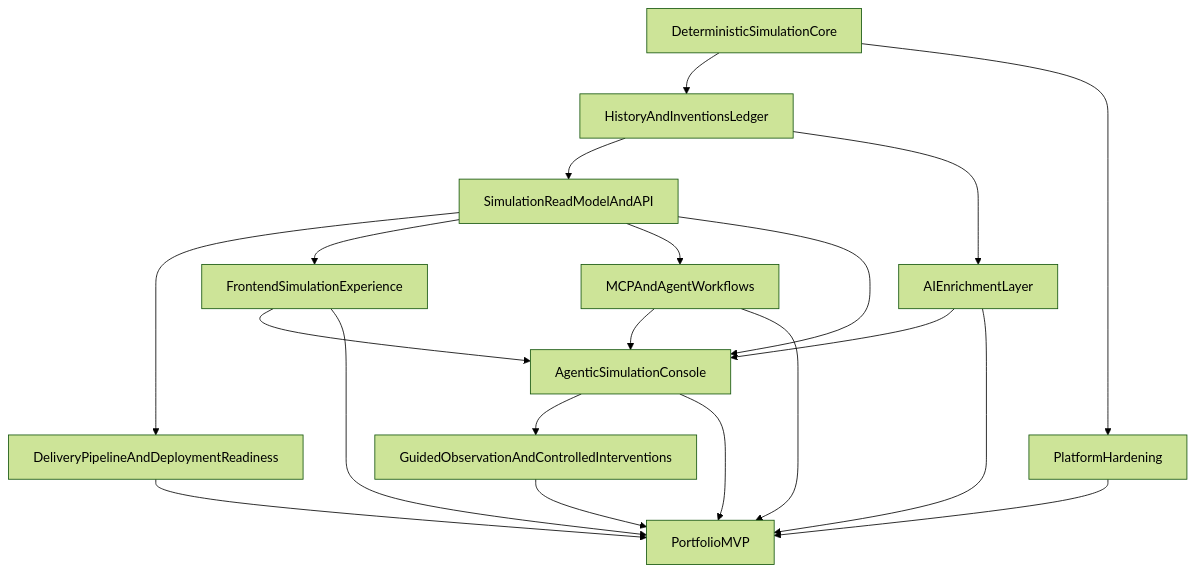
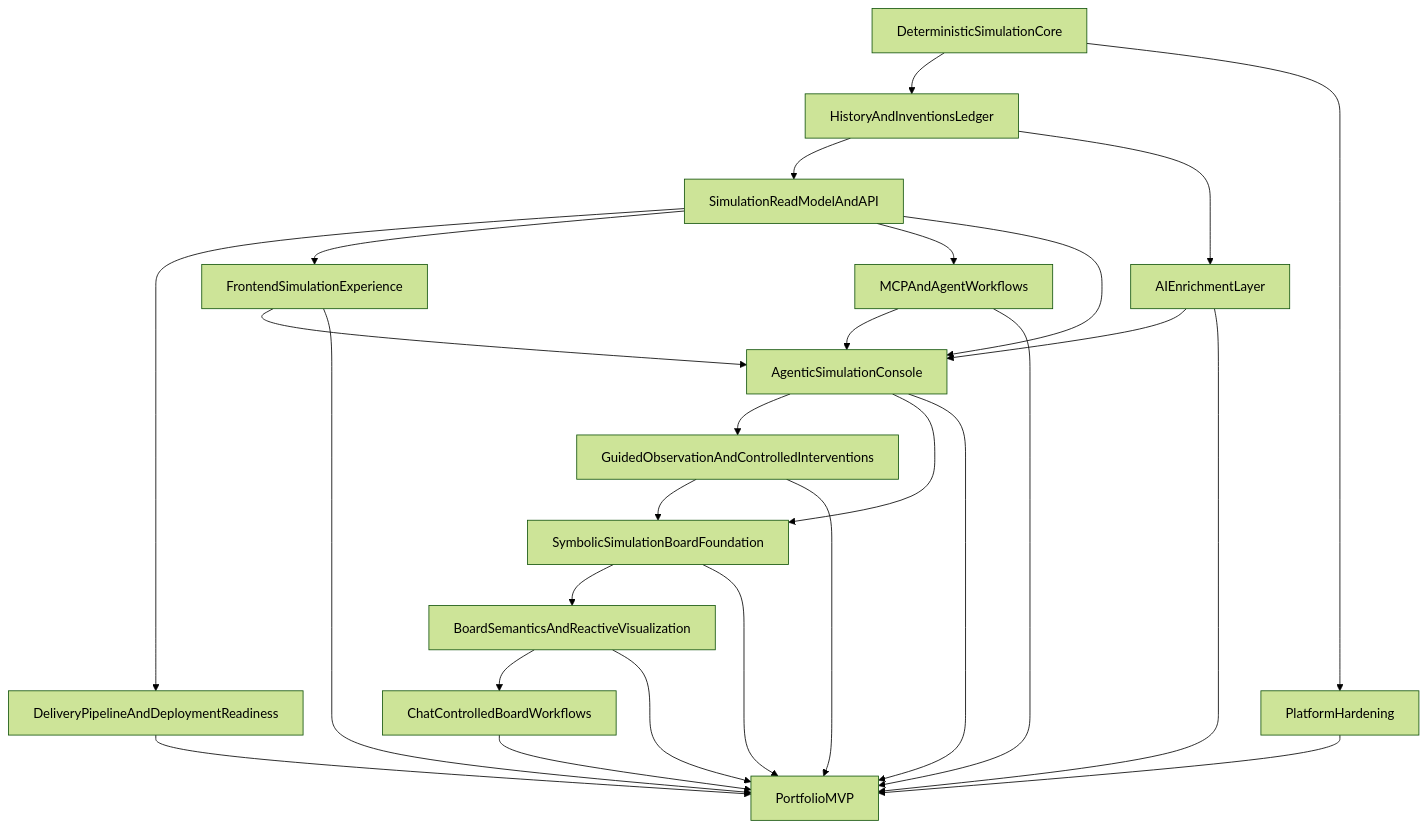
One commit to catlabs/humanaity changed the diagram in docs/roadmap.md. Above: the diagram before and after it, drawn with Mermaid (forest theme). The commit also changed other lines of this file and 3 other files, not shown here.

First line of the commit message:
docs: extend roadmap and add sprint12-14

````diff
--- a/docs/roadmap.md
+++ b/docs/roadmap.md
@@ -397,22 +478,29 @@
 ```mermaid
 flowchart TD
   epic1[DeterministicSimulationCore] --> epic2[HistoryAndInventionsLedger]
   epic2 --> epic3[SimulationReadModelAndAPI]
   epic3 --> epic8[DeliveryPipelineAndDeploymentReadiness]
   epic3 --> epic4[FrontendSimulationExperience]
   epic2 --> epic5[AIEnrichmentLayer]
   epic3 --> epic7[MCPAndAgentWorkflows]
   epic3 --> epic9[AgenticSimulationConsole]
   epic4 --> epic9
   epic5 --> epic9
   epic7 --> epic9
   epic9 --> epic10[GuidedObservationAndControlledInterventions]
+  epic9 --> epic11[SymbolicSimulationBoardFoundation]
+  epic10 --> epic11
+  epic11 --> epic12[BoardSemanticsAndReactiveVisualization]
+  epic12 --> epic13[ChatControlledBoardWorkflows]
   epic1 --> epic6[PlatformHardening]
   epic8 --> mvp[PortfolioMVP]
   epic4 --> mvp[PortfolioMVP]
   epic5 --> mvp
   epic6 --> mvp
   epic7 --> mvp
   epic9 --> mvp
   epic10 --> mvp
+  epic11 --> mvp
+  epic12 --> mvp
+  epic13 --> mvp
 ```
````
